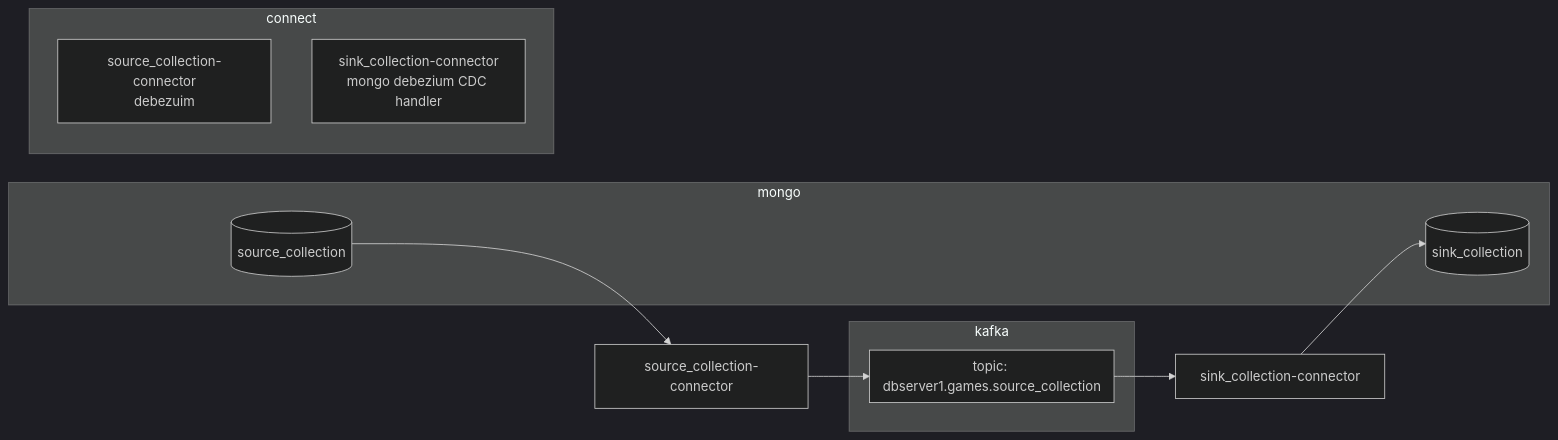
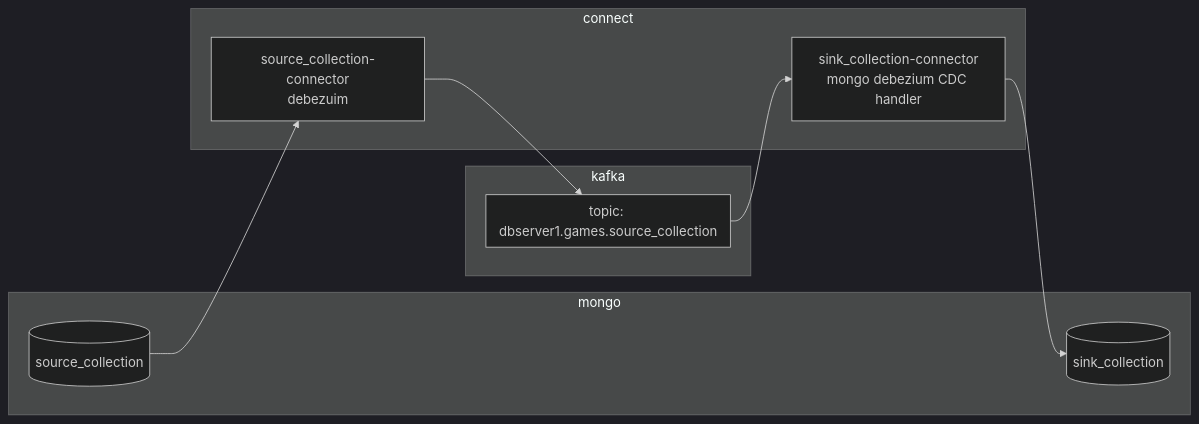
Before and after one commit to alexiworld/kafka: the diagram in kafka-connect-mongodb/README.md, drawn with Mermaid (dark theme).

Commit message:
Fix the diagram

````diff
--- a/kafka-connect-mongodb/README.md
+++ b/kafka-connect-mongodb/README.md
@@ -11,21 +11,21 @@
 ```mermaid
 flowchart LR
   source_collection[(source_collection)]
   sink_collection[(sink_collection)]
   subgraph mongo
     source_collection
     sink_collection
   end
   subgraph kafka
     subgraph topic[topic: dbserver1.games.source_collection]
     end
   end
   subgraph connect
-    source-connector[source_collection-connector\ndebezuim]
-    sink-connector[sink_collection-connector\nmongo debezium CDC handler]
+    source_collection-connector[source_collection-connector\ndebezuim]
+    sink_collection-connector[sink_collection-connector\nmongo debezium CDC handler]
   end
   source_collection --> source_collection-connector
   source_collection-connector --> topic
   topic --> sink_collection-connector
   sink_collection-connector --> sink_collection
 ```
````
